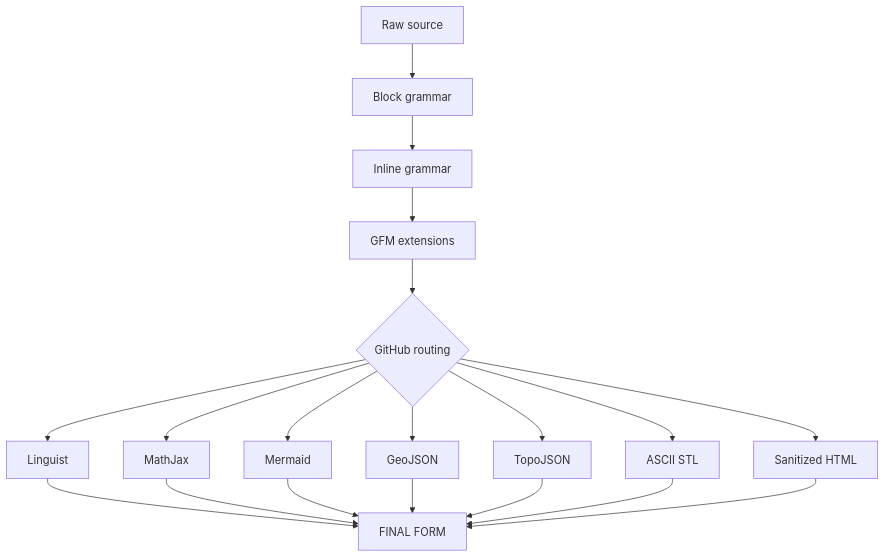
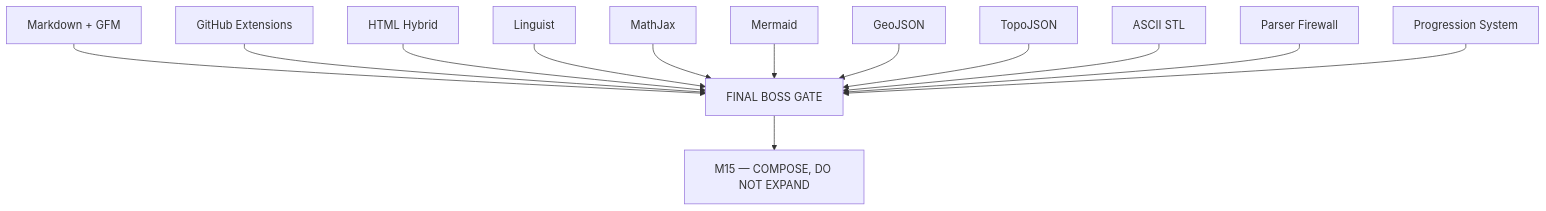
One commit to thiepn/markdown changed the fifth of 5 diagrams in README.md. Above: the diagram before and after it, drawn with Mermaid. The commit also changed other lines of this file, not shown here.

Commit message:
M14: overhaul achievements, progression, mastery and Chaos Index

````diff
--- a/README.md
+++ b/README.md
@@ -1384,23 +1075,28 @@
 ```mermaid
 flowchart TB
-    SRC[Raw source] --> BLOCK[Block grammar]
-    BLOCK --> INLINE[Inline grammar]
-    INLINE --> GFM[GFM extensions]
-    GFM --> ROUTE{GitHub routing}
+    CORE[Markdown + GFM]
+    GH[GitHub Extensions]
+    HTML[HTML Hybrid]
+    CODE[Linguist]
+    MATH[MathJax]
+    MM[Mermaid]
+    GJ[GeoJSON]
+    TJ[TopoJSON]
+    STL[ASCII STL]
+    PARSER[Parser Firewall]
+    META[Progression System]
 
-    ROUTE --> CODE[Linguist]
-    ROUTE --> MATH[MathJax]
-    ROUTE --> DIAGRAM[Mermaid]
-    ROUTE --> GEO[GeoJSON]
-    ROUTE --> TOPO[TopoJSON]
-    ROUTE --> MESH[ASCII STL]
-    ROUTE --> HTML[Sanitized HTML]
+    CORE --> GATE[FINAL BOSS GATE]
+    GH --> GATE
+    HTML --> GATE
+    CODE --> GATE
+    MATH --> GATE
+    MM --> GATE
+    GJ --> GATE
+    TJ --> GATE
+    STL --> GATE
+    PARSER --> GATE
+    META --> GATE
 
-    CODE --> FINAL[FINAL FORM]
-    MATH --> FINAL
-    DIAGRAM --> FINAL
-    GEO --> FINAL
-    TOPO --> FINAL
-    MESH --> FINAL
-    HTML --> FINAL
+    GATE --> M15[M15 — COMPOSE, DO NOT EXPAND]
 ```
````
